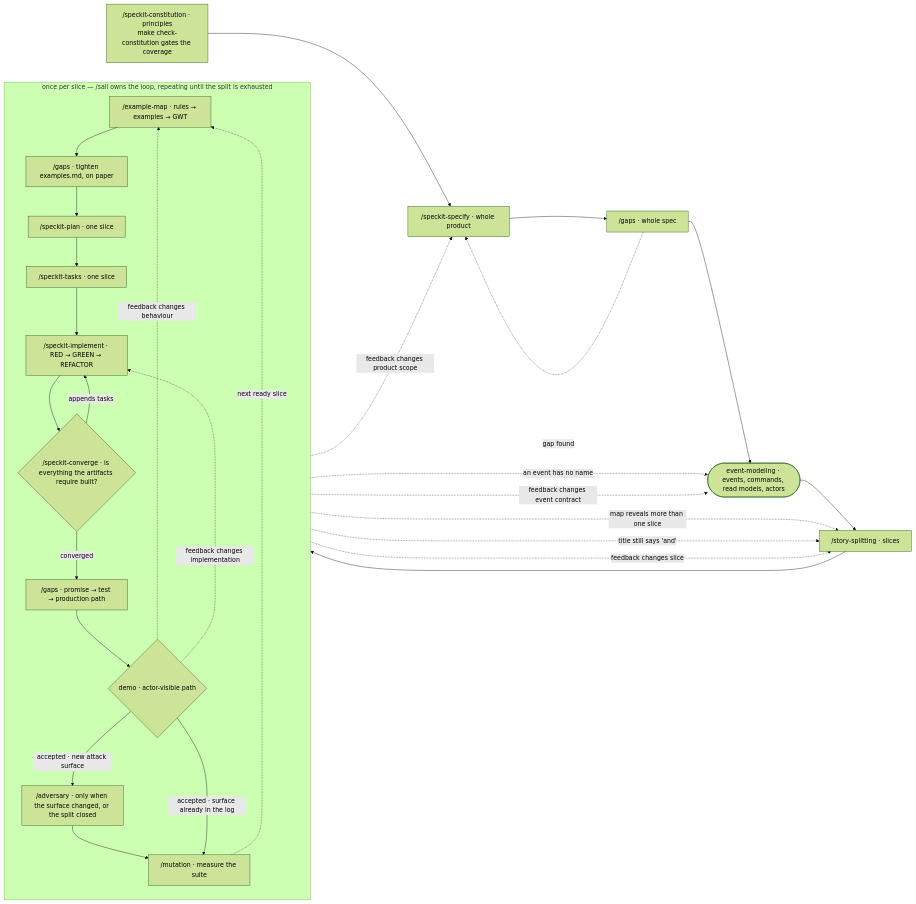
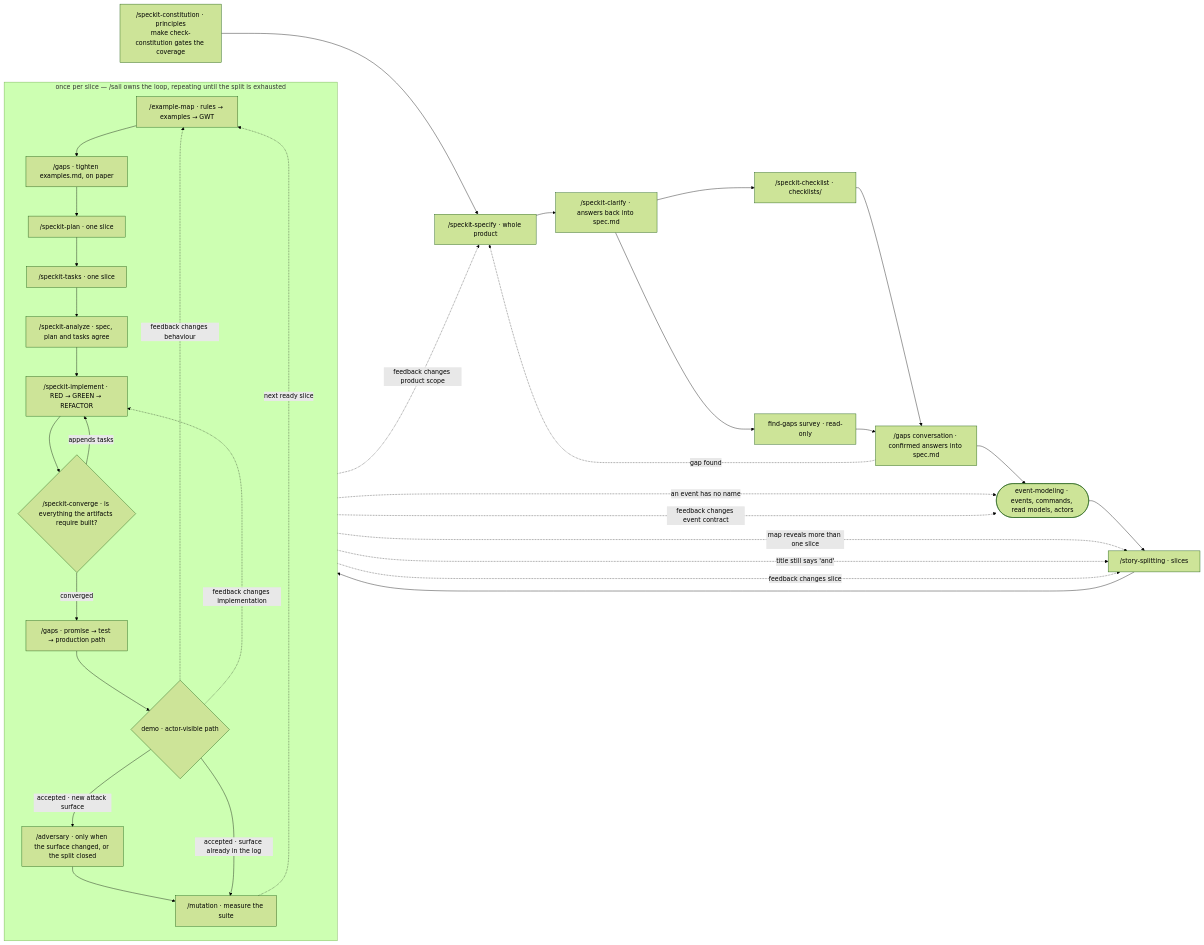
Before and after one commit to ROBCOATVG/slipwai: the first of 2 diagrams in assets/pages/docs/workflow.md, drawn with Mermaid (forest theme). The commit also changed other lines of this file and 10 other files, not shown here.

First line of the commit message:
Clarify the specification beside the gap survey, and analyse a slice before it is built.

````diff
--- a/assets/pages/docs/workflow.md
+++ b/assets/pages/docs/workflow.md
@@ -4,40 +4,47 @@
 ```mermaid
 flowchart LR
   C["/speckit-constitution · principles<br/>make check-constitution gates the coverage"]
   S["/speckit-specify · whole product"]
-  G["/gaps · whole spec"]
+  Q["/speckit-clarify · answers back into spec.md"]
+  CK["/speckit-checklist · checklists/"]
+  GS["find-gaps survey · read-only"]
+  G["/gaps conversation · confirmed answers into spec.md"]
   EMOD(["event-modeling · events, commands, read models, actors"])
   SS["/story-splitting · slices"]
 
   subgraph loop["once per slice — /sail owns the loop, repeating until the split is exhausted"]
     direction TB
     EM["/example-map · rules → examples → GWT"]
     EG["/gaps · tighten examples.md, on paper"]
     P["/speckit-plan · one slice"]
     T["/speckit-tasks · one slice"]
+    AN["/speckit-analyze · spec, plan and tasks agree"]
     I["/speckit-implement · RED → GREEN → REFACTOR"]
     CV{"/speckit-converge · is everything the artifacts require built?"}
     DG["/gaps · promise → test → production path"]
     D{"demo · actor-visible path"}
     A["/adversary · only when the surface changed, or the split closed"]
     M["/mutation · measure the suite"]
-    EM --> EG --> P --> T --> I --> CV
+    EM --> EG --> P --> T --> AN --> I --> CV
     CV -->|"appends tasks"| I
     CV -->|"converged"| DG --> D
     D -->|"accepted · new attack surface"| A --> M
     D -->|"accepted · surface already in the log"| M
     D -.->|"feedback changes behaviour"| EM
     D -.->|"feedback changes implementation"| I
   end
 
-  C --> S --> G --> EMOD --> SS --> EM
+  C --> S --> Q
+  Q --> CK --> G
+  Q --> GS --> G
+  G --> EMOD --> SS --> EM
 
   G -.->|"gap found"| S
   EM -.->|"map reveals more than one slice"| SS
   P -.->|"title still says 'and'"| SS
   M -.->|"next ready slice"| EM
   EM -.->|"an event has no name"| EMOD
   D -.->|"feedback changes slice"| SS
   D -.->|"feedback changes event contract"| EMOD
   D -.->|"feedback changes product scope"| S
 ```
````
